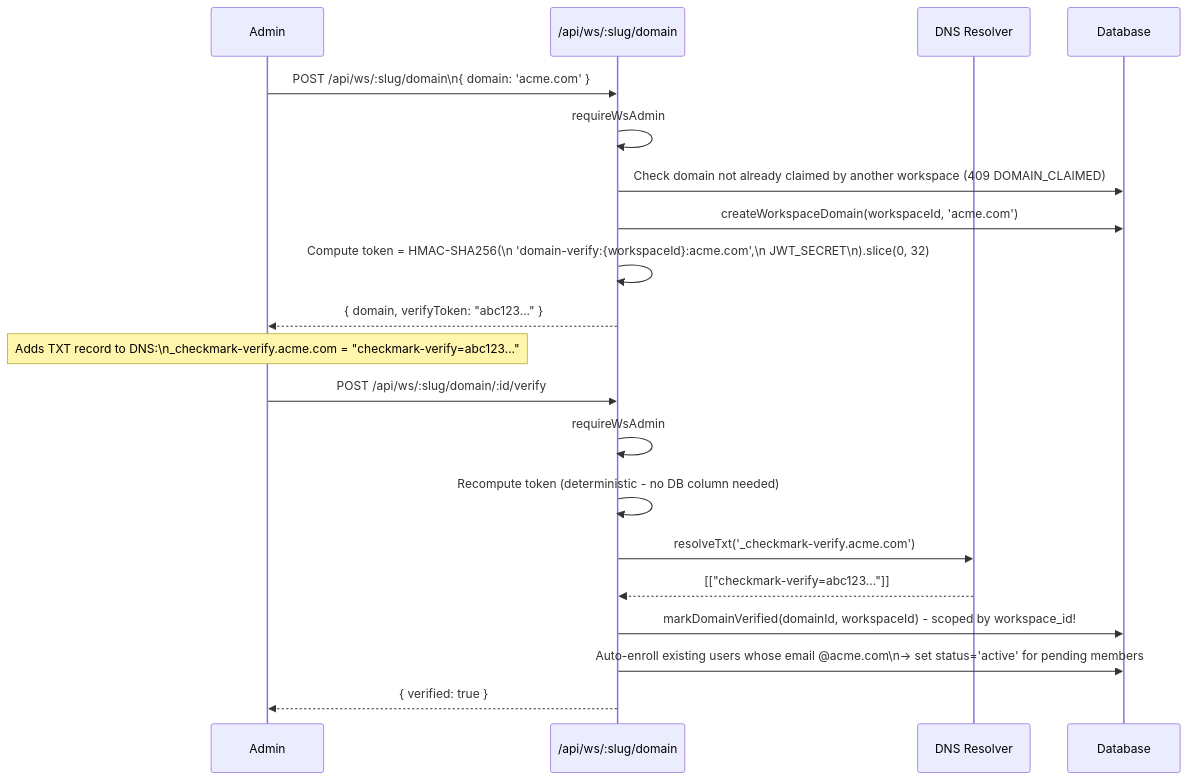
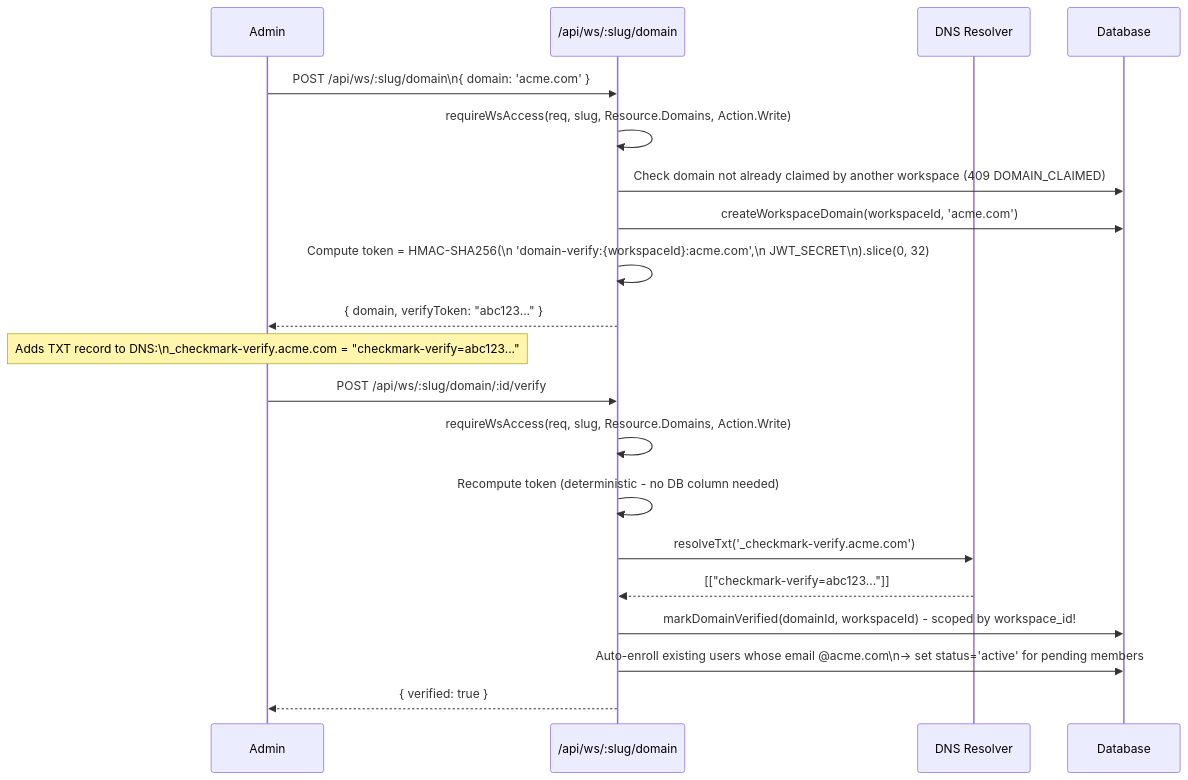
The third of 8 diagrams in docs/architecture/workspace-flow.md (ksharma20/checkmark), drawn with Mermaid before and after one commit. The commit also changed other lines of this file and 296 other files, not shown here.

````diff
--- a/docs/architecture/workspace-flow.md
+++ b/docs/architecture/workspace-flow.md
@@ -80,25 +107,25 @@
 ```mermaid
 sequenceDiagram
   participant A as Admin
   participant API as /api/ws/:slug/domain
   participant DNS as DNS Resolver
   participant DB as Database
 
   A->>API: POST /api/ws/:slug/domain\n{ domain: 'acme.com' }
-  API->>API: requireWsAdmin
+  API->>API: requireWsAccess(req, slug, Resource.Domains, Action.Write)
   API->>DB: Check domain not already claimed by another workspace (409 DOMAIN_CLAIMED)
   API->>DB: createWorkspaceDomain(workspaceId, 'acme.com')
   API->>API: Compute token = HMAC-SHA256(\n  'domain-verify:{workspaceId}:acme.com',\n  JWT_SECRET\n).slice(0, 32)
   API-->>A: { domain, verifyToken: "abc123..." }
 
   Note over A: Adds TXT record to DNS:\n_checkmark-verify.acme.com = "checkmark-verify=abc123..."
 
   A->>API: POST /api/ws/:slug/domain/:id/verify
-  API->>API: requireWsAdmin
+  API->>API: requireWsAccess(req, slug, Resource.Domains, Action.Write)
   API->>API: Recompute token (deterministic - no DB column needed)
   API->>DNS: resolveTxt('_checkmark-verify.acme.com')
   DNS-->>API: [["checkmark-verify=abc123..."]]
   API->>DB: markDomainVerified(domainId, workspaceId) - scoped by workspace_id!
   API->>DB: Auto-enroll existing users whose email @acme.com\n→ set status='active' for pending members
   API-->>A: { verified: true }
 ```
````
